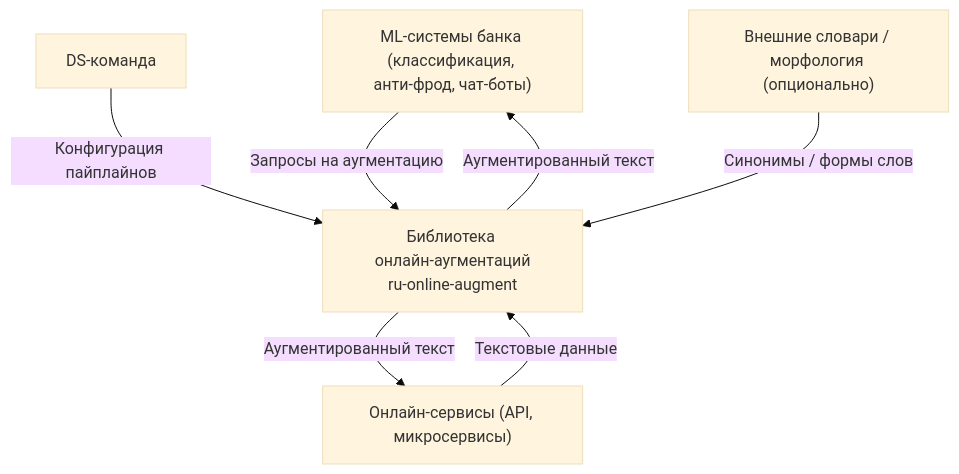
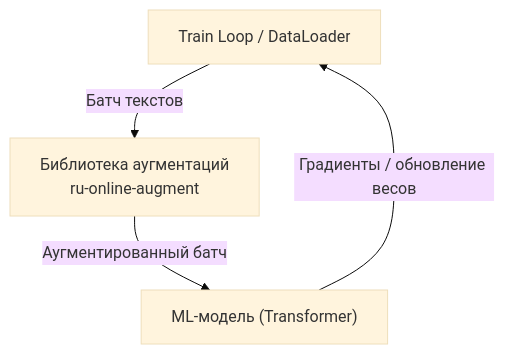
The first of 3 diagrams in design/ML_System_Design_Doc.md (OlMiore/Low-Latency-Text-Augmentation-Library), drawn with Mermaid (base theme) before and after one commit. The commit also changed other lines of this file, not shown here.

````diff
--- a/design/ML_System_Design_Doc.md
+++ b/design/ML_System_Design_Doc.md
@@ -190,13 +167,6 @@
 ```mermaid
 flowchart TD
-    A["ML‑системы банка (классификация, анти‑фрод, чат‑боты)"] -->|Запросы на аугментацию| B["Библиотека онлайн‑аугментаций<br>ru-online-augment"]
-
-    C["Онлайн‑сервисы (API, микросервисы)"] -->|Текстовые данные| B
-
-    D["DS‑команда"] -->|Конфигурация пайплайнов| B
-
-    E["Внешние словари / морфология (опционально)"] -->|Синонимы / формы слов| B
-
-    B -->|Аугментированный текст| A
-    B -->|Аугментированный текст| C
+    A["Train Loop / DataLoader"] -->|Батч текстов| B["Библиотека аугментаций<br>ru-online-augment"]
+    B -->|Аугментированный батч| C["ML‑модель (Transformer)"]
+    C -->|Градиенты / обновление весов| A
 ```
````
